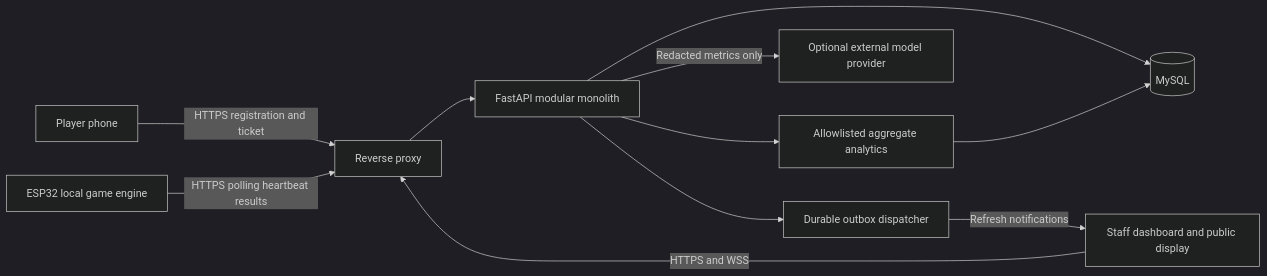
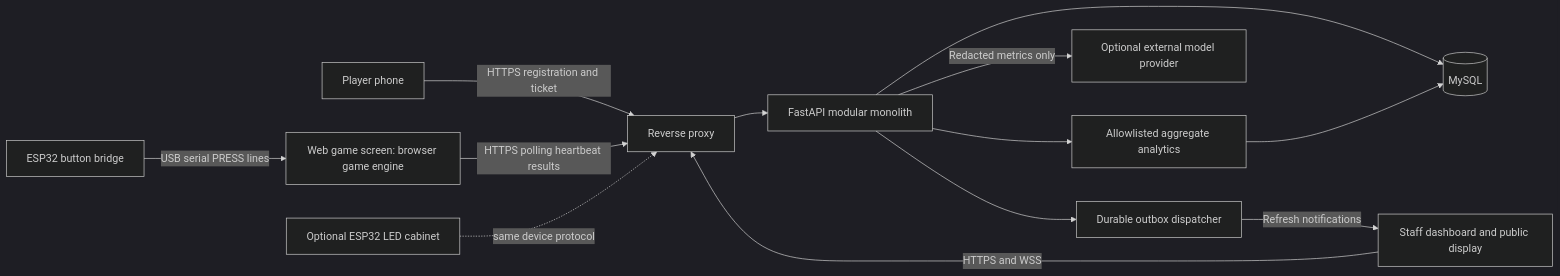
The diagram in docs/tech-stack.md (BlackRose-26/iot-dashboard), drawn with Mermaid (dark theme) before and after one commit. The commit also changed other lines of this file and 65 other files, not shown here.

````diff
--- a/docs/tech-stack.md
+++ b/docs/tech-stack.md
@@ -55,13 +59,15 @@
 ```mermaid
 flowchart LR
   Phone[Player phone] -->|HTTPS registration and ticket| Proxy[Reverse proxy]
   Screen[Staff dashboard and public display] -->|HTTPS and WSS| Proxy
-  ESP[ESP32 local game engine] -->|HTTPS polling heartbeat results| Proxy
+  GameScreen[Web game screen: browser game engine] -->|HTTPS polling heartbeat results| Proxy
+  Bridge[ESP32 button bridge] -->|USB serial PRESS lines| GameScreen
+  ESP[Optional ESP32 LED cabinet] -.->|same device protocol| Proxy
   Proxy --> API[FastAPI modular monolith]
   API --> DB[(MySQL)]
   API --> Tools[Allowlisted aggregate analytics]
   Tools --> DB
   API -->|Redacted metrics only| LLM[Optional external model provider]
   API --> Outbox[Durable outbox dispatcher]
   Outbox -->|Refresh notifications| Screen
 ```
````
